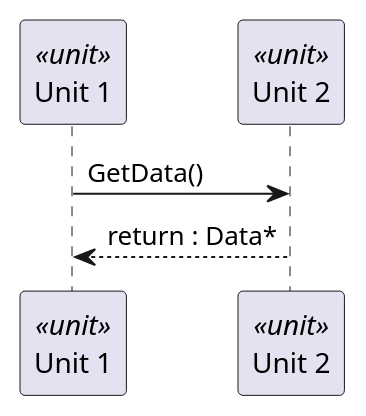
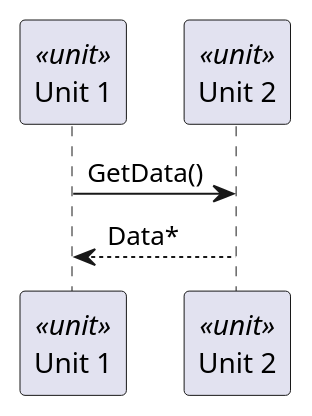
The diagram in bazel/rules/rules_score/docs/_assets/SeoocExample_DynamicDesign.puml (eclipse-score/tooling), drawn with PlantUML before and after one commit. The commit also changed 7 other files, not shown here.

Commit message:
Adapter sequence metamodel to validation

```diff
--- a/bazel/rules/rules_score/docs/_assets/SeoocExample_DynamicDesign.puml
+++ b/bazel/rules/rules_score/docs/_assets/SeoocExample_DynamicDesign.puml
@@ -14,9 +14,9 @@
 @startuml SeoocExample_DynamicDesign
 
 participant "Unit 1" as unit_1 <<unit>>
 participant "Unit 2" as unit_2 <<unit>>
 
 unit_1 -> unit_2 : GetData()
-unit_2 --> unit_1 : return : Data*
+return Data*
 
 @enduml
```
